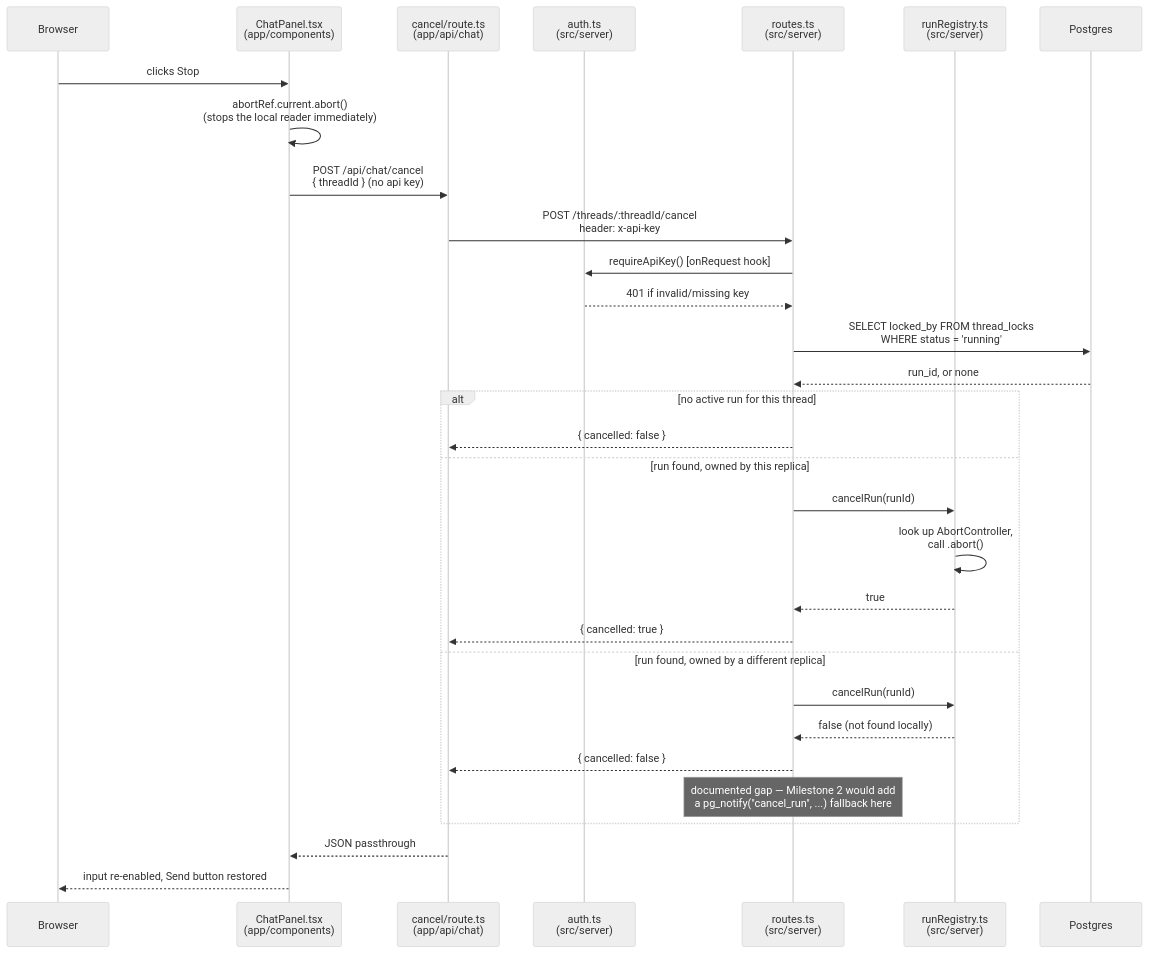
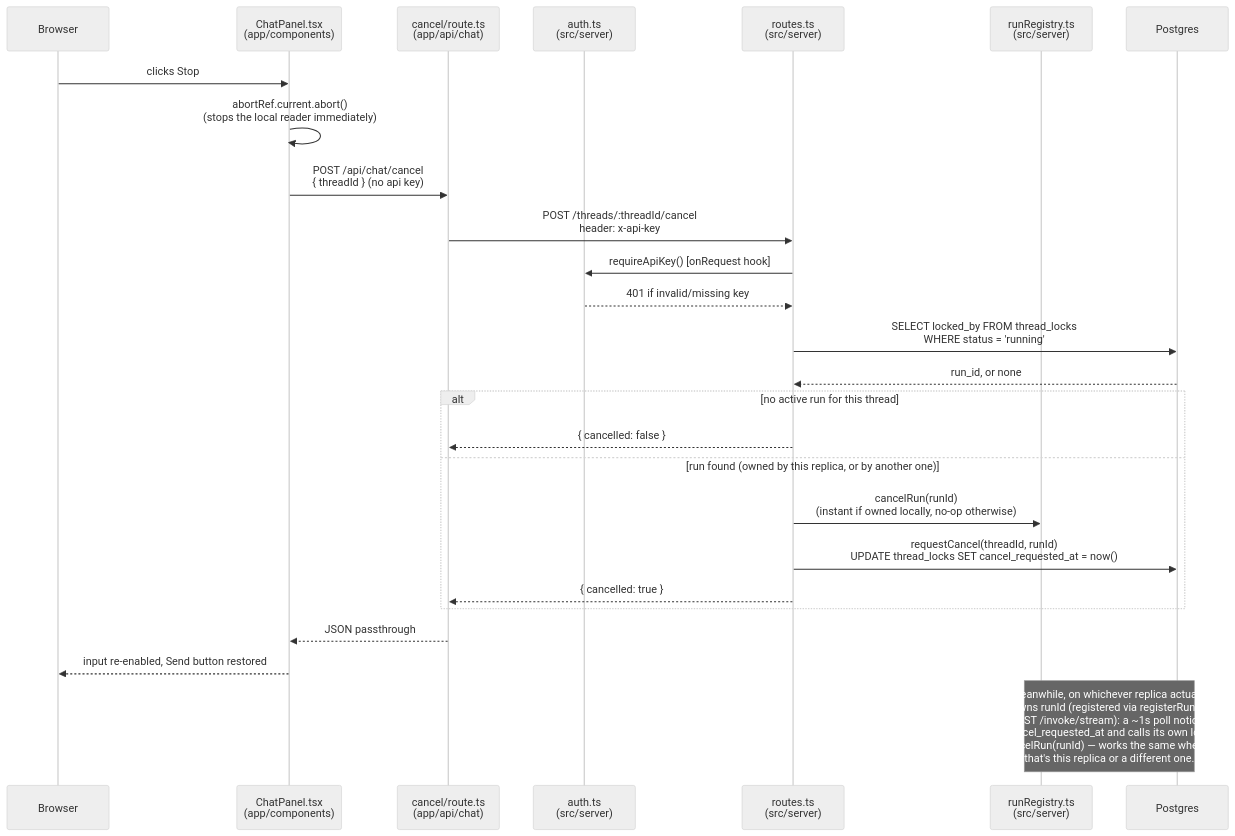
The diagram in docs/sequence-cancel.md (nijin-vinodan/sprint-manager), drawn with Mermaid (neutral theme) before and after one commit. The commit also changed other lines of this file and 13 other files, not shown here.

````diff
--- a/docs/sequence-cancel.md
+++ b/docs/sequence-cancel.md
@@ -17,36 +21,32 @@
 ```mermaid
 sequenceDiagram
     participant Browser
     participant ChatPanel as ChatPanel.tsx<br/>(app/components)
     participant NextRoute as cancel/route.ts<br/>(app/api/chat)
     participant AgentAuth as auth.ts<br/>(src/server)
     participant Routes as routes.ts<br/>(src/server)
     participant RunRegistry as runRegistry.ts<br/>(src/server)
     participant Postgres
 
     Browser->>ChatPanel: clicks Stop
     ChatPanel->>ChatPanel: abortRef.current.abort()<br/>(stops the local reader immediately)
     ChatPanel->>NextRoute: POST /api/chat/cancel<br/>{ threadId } (no api key)
     NextRoute->>Routes: POST /threads/:threadId/cancel<br/>header: x-api-key
     Routes->>AgentAuth: requireApiKey() [onRequest hook]
     AgentAuth-->>Routes: 401 if invalid/missing key
     Routes->>Postgres: SELECT locked_by FROM thread_locks<br/>WHERE status = 'running'
     Postgres-->>Routes: run_id, or none
 
     alt no active run for this thread
         Routes-->>NextRoute: { cancelled: false }
-    else run found, owned by this replica
-        Routes->>RunRegistry: cancelRun(runId)
-        RunRegistry->>RunRegistry: look up AbortController,<br/>call .abort()
-        RunRegistry-->>Routes: true
+    else run found (owned by this replica, or by another one)
+        Routes->>RunRegistry: cancelRun(runId)<br/>(instant if owned locally, no-op otherwise)
+        Routes->>Postgres: requestCancel(threadId, runId)<br/>UPDATE thread_locks SET cancel_requested_at = now()
         Routes-->>NextRoute: { cancelled: true }
-    else run found, owned by a different replica
-        Routes->>RunRegistry: cancelRun(runId)
-        RunRegistry-->>Routes: false (not found locally)
-        Routes-->>NextRoute: { cancelled: false }
-        Note over Routes: documented gap — Milestone 2 would add<br/>a pg_notify("cancel_run", ...) fallback here
     end
 
     NextRoute-->>ChatPanel: JSON passthrough
     ChatPanel-->>Browser: input re-enabled, Send button restored
+
+    Note over Postgres,RunRegistry: Meanwhile, on whichever replica actually<br/>owns runId (registered via registerRun in<br/>POST /invoke/stream): a ~1s poll notices<br/>cancel_requested_at and calls its own local<br/>cancelRun(runId) — works the same whether<br/>that's this replica or a different one.
 ```
````
